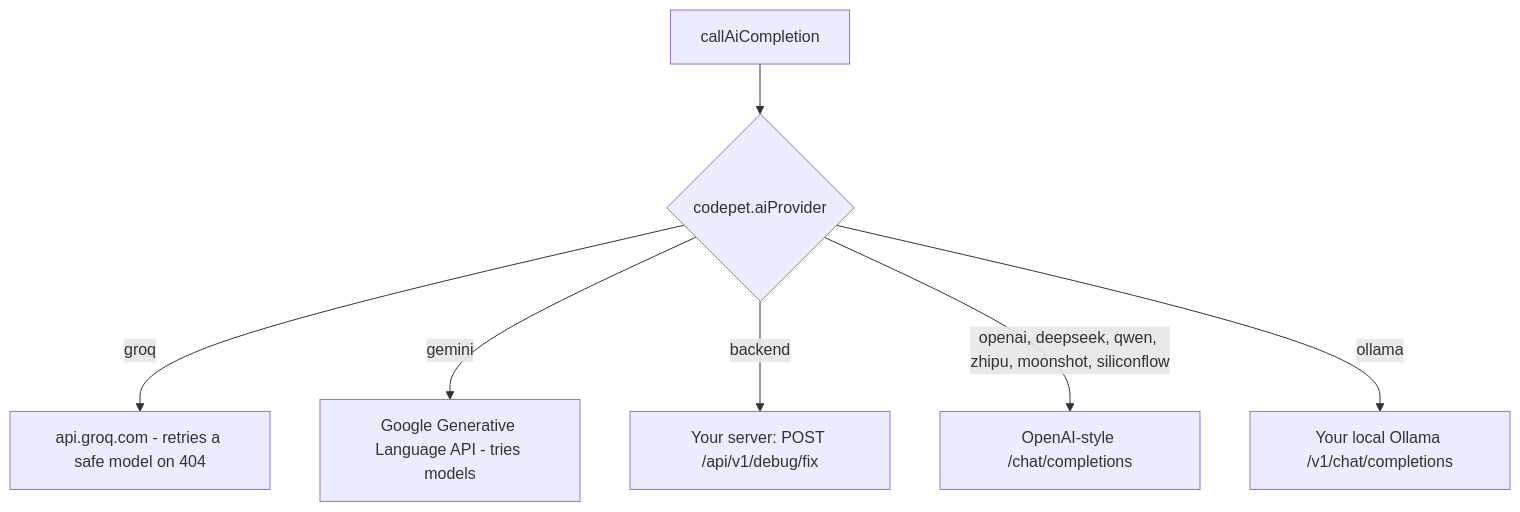
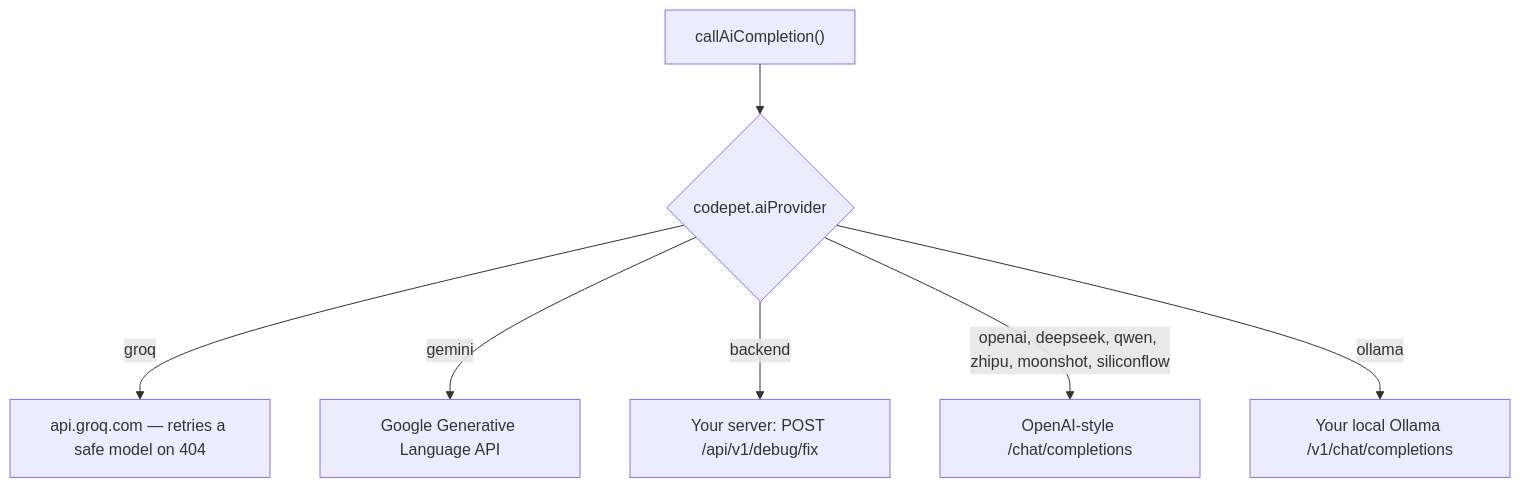
Before and after one commit to maimanishhoon/aicodingpet: the eighth of 14 diagrams in README.md, drawn with Mermaid. The commit also changed other lines of this file, not shown here.

````diff
--- a/README.md
+++ b/README.md
@@ -361,9 +500,9 @@
 ```mermaid
 flowchart TD
-    A["callAiCompletion"] --> B{"codepet.aiProvider"}
-    B -- "groq" --> G["api.groq.com - retries a safe model on 404"]
-    B -- "gemini" --> M["Google Generative Language API - tries models"]
+    A["callAiCompletion()"] --> B{"codepet.aiProvider"}
+    B -- "groq" --> G["api.groq.com — retries a safe model on 404"]
+    B -- "gemini" --> M["Google Generative Language API"]
     B -- "backend" --> BE["Your server: POST /api/v1/debug/fix"]
     B -- "openai, deepseek, qwen, zhipu, moonshot, siliconflow" --> OA["OpenAI-style /chat/completions"]
     B -- "ollama" --> OL["Your local Ollama /v1/chat/completions"]
 ```
````
